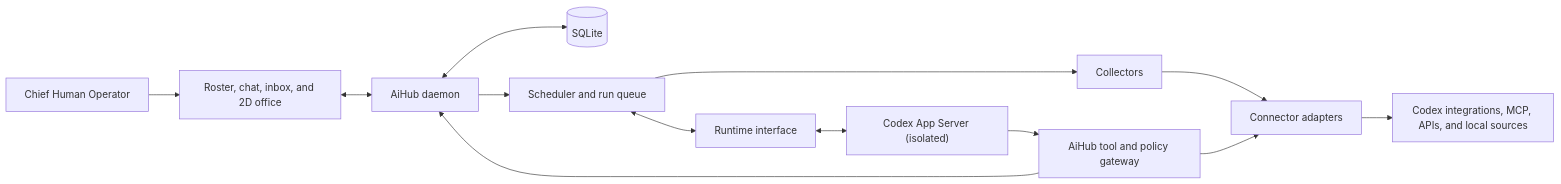
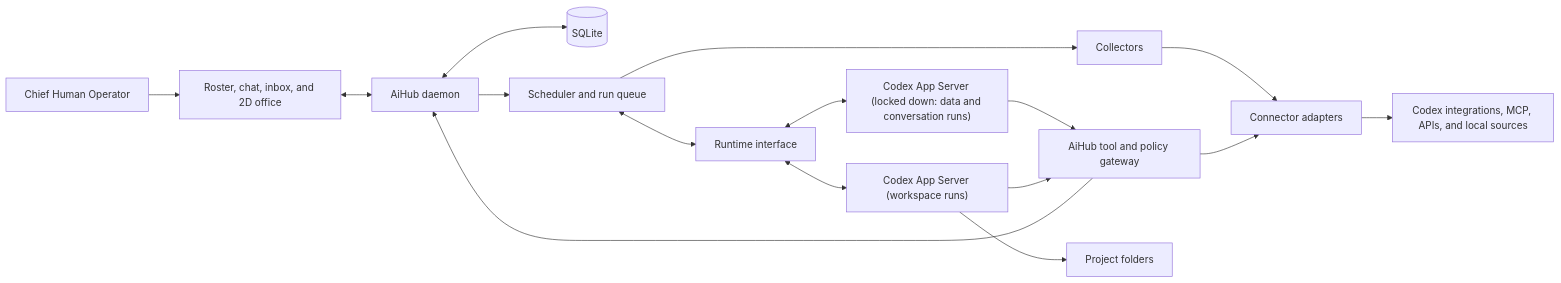
The diagram in DESIGN.md (berggrenmille/AiHub), drawn with Mermaid before and after one commit. The commit also changed other lines of this file, not shown here.

````diff
--- a/DESIGN.md
+++ b/DESIGN.md
@@ -40,15 +43,18 @@
 ```mermaid
 flowchart LR
     U["Chief Human Operator"] --> UI["Roster, chat, inbox, and 2D office"]
     UI <--> H["AiHub daemon"]
     H <--> DB[("SQLite")]
     H --> Q["Scheduler and run queue"]
     Q --> K["Collectors"]
     K --> C["Connector adapters"]
     Q <--> RI["Runtime interface"]
-    RI <--> R["Codex App Server (isolated)"]
+    RI <--> R["Codex App Server (locked down: data and conversation runs)"]
+    RI <--> W["Codex App Server (workspace runs)"]
     R --> P["AiHub tool and policy gateway"]
+    W --> P
+    W --> F["Project folders"]
     P --> H
     P --> C
     C --> S["Codex integrations, MCP, APIs, and local sources"]
 ```
````
